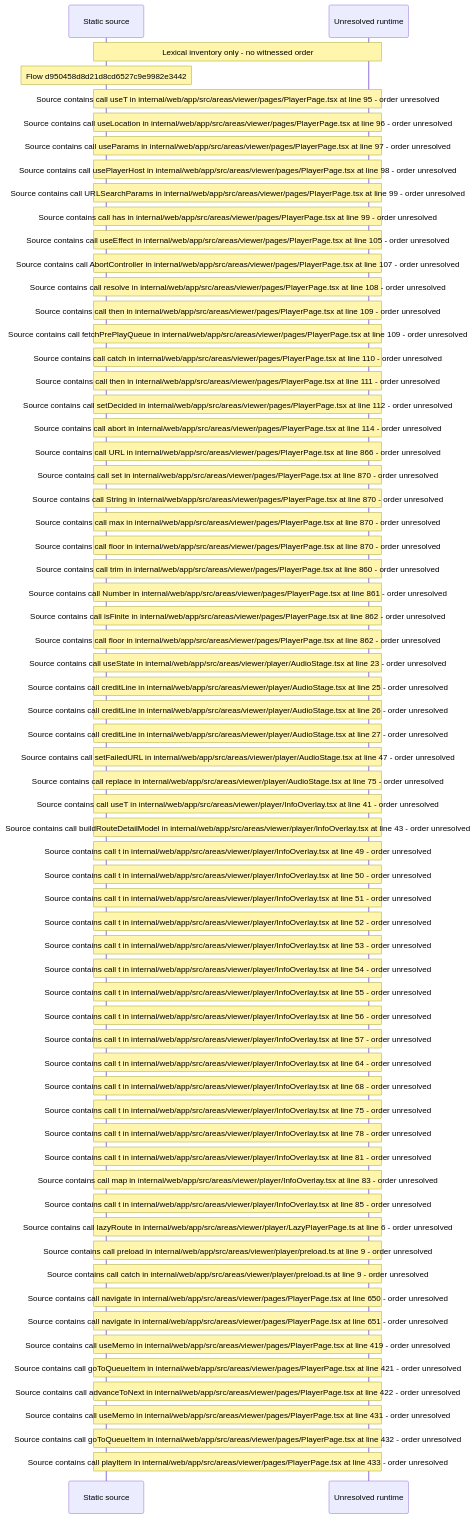
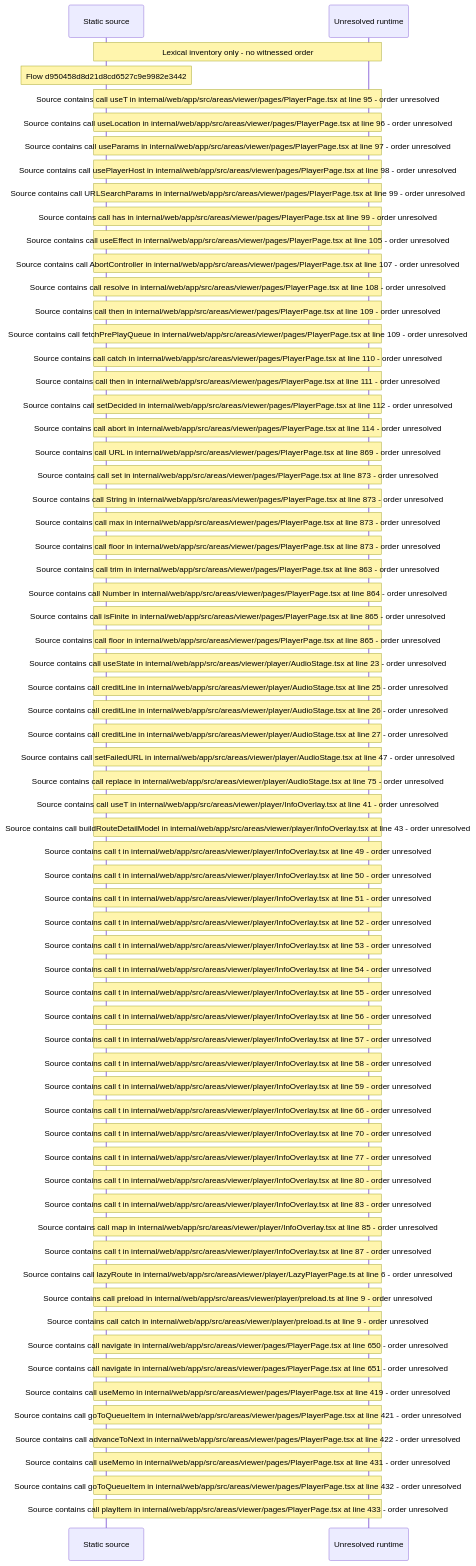
Before and after one commit to beamfall/core: the diagram in docs/web/flows/generated/d950458d8d21d8cd6527c9e9982e3442/flow-diagram.md, drawn with Mermaid. The commit also changed other lines of this file and 714 other files, not shown here.

Commit message:
Regenerate web flow docs for the stack's source changes (CORE-1762)

````diff
--- a/docs/web/flows/generated/d950458d8d21d8cd6527c9e9982e3442/flow-diagram.md
+++ b/docs/web/flows/generated/d950458d8d21d8cd6527c9e9982e3442/flow-diagram.md
@@ -10,66 +10,68 @@
 ```mermaid
 sequenceDiagram
     participant S as Static source
     participant U as Unresolved runtime
     Note over S,U: Lexical inventory only - no witnessed order
     Note over S: Flow d950458d8d21d8cd6527c9e9982e3442
     Note over S,U: Source contains call useT in internal/web/app/src/areas/viewer/pages/PlayerPage.tsx at line 95 - order unresolved
     Note over S,U: Source contains call useLocation in internal/web/app/src/areas/viewer/pages/PlayerPage.tsx at line 96 - order unresolved
     Note over S,U: Source contains call useParams in internal/web/app/src/areas/viewer/pages/PlayerPage.tsx at line 97 - order unresolved
     Note over S,U: Source contains call usePlayerHost in internal/web/app/src/areas/viewer/pages/PlayerPage.tsx at line 98 - order unresolved
     Note over S,U: Source contains call URLSearchParams in internal/web/app/src/areas/viewer/pages/PlayerPage.tsx at line 99 - order unresolved
     Note over S,U: Source contains call has in internal/web/app/src/areas/viewer/pages/PlayerPage.tsx at line 99 - order unresolved
     Note over S,U: Source contains call useEffect in internal/web/app/src/areas/viewer/pages/PlayerPage.tsx at line 105 - order unresolved
     Note over S,U: Source contains call AbortController in internal/web/app/src/areas/viewer/pages/PlayerPage.tsx at line 107 - order unresolved
     Note over S,U: Source contains call resolve in internal/web/app/src/areas/viewer/pages/PlayerPage.tsx at line 108 - order unresolved
     Note over S,U: Source contains call then in internal/web/app/src/areas/viewer/pages/PlayerPage.tsx at line 109 - order unresolved
     Note over S,U: Source contains call fetchPrePlayQueue in internal/web/app/src/areas/viewer/pages/PlayerPage.tsx at line 109 - order unresolved
     Note over S,U: Source contains call catch in internal/web/app/src/areas/viewer/pages/PlayerPage.tsx at line 110 - order unresolved
     Note over S,U: Source contains call then in internal/web/app/src/areas/viewer/pages/PlayerPage.tsx at line 111 - order unresolved
     Note over S,U: Source contains call setDecided in internal/web/app/src/areas/viewer/pages/PlayerPage.tsx at line 112 - order unresolved
     Note over S,U: Source contains call abort in internal/web/app/src/areas/viewer/pages/PlayerPage.tsx at line 114 - order unresolved
-    Note over S,U: Source contains call URL in internal/web/app/src/areas/viewer/pages/PlayerPage.tsx at line 866 - order unresolved
-    Note over S,U: Source contains call set in internal/web/app/src/areas/viewer/pages/PlayerPage.tsx at line 870 - order unresolved
-    Note over S,U: Source contains call String in internal/web/app/src/areas/viewer/pages/PlayerPage.tsx at line 870 - order unresolved
-    Note over S,U: Source contains call max in internal/web/app/src/areas/viewer/pages/PlayerPage.tsx at line 870 - order unresolved
-    Note over S,U: Source contains call floor in internal/web/app/src/areas/viewer/pages/PlayerPage.tsx at line 870 - order unresolved
-    Note over S,U: Source contains call trim in internal/web/app/src/areas/viewer/pages/PlayerPage.tsx at line 860 - order unresolved
-    Note over S,U: Source contains call Number in internal/web/app/src/areas/viewer/pages/PlayerPage.tsx at line 861 - order unresolved
-    Note over S,U: Source contains call isFinite in internal/web/app/src/areas/viewer/pages/PlayerPage.tsx at line 862 - order unresolved
-    Note over S,U: Source contains call floor in internal/web/app/src/areas/viewer/pages/PlayerPage.tsx at line 862 - order unresolved
+    Note over S,U: Source contains call URL in internal/web/app/src/areas/viewer/pages/PlayerPage.tsx at line 869 - order unresolved
+    Note over S,U: Source contains call set in internal/web/app/src/areas/viewer/pages/PlayerPage.tsx at line 873 - order unresolved
+    Note over S,U: Source contains call String in internal/web/app/src/areas/viewer/pages/PlayerPage.tsx at line 873 - order unresolved
+    Note over S,U: Source contains call max in internal/web/app/src/areas/viewer/pages/PlayerPage.tsx at line 873 - order unresolved
+    Note over S,U: Source contains call floor in internal/web/app/src/areas/viewer/pages/PlayerPage.tsx at line 873 - order unresolved
+    Note over S,U: Source contains call trim in internal/web/app/src/areas/viewer/pages/PlayerPage.tsx at line 863 - order unresolved
+    Note over S,U: Source contains call Number in internal/web/app/src/areas/viewer/pages/PlayerPage.tsx at line 864 - order unresolved
+    Note over S,U: Source contains call isFinite in internal/web/app/src/areas/viewer/pages/PlayerPage.tsx at line 865 - order unresolved
+    Note over S,U: Source contains call floor in internal/web/app/src/areas/viewer/pages/PlayerPage.tsx at line 865 - order unresolved
     Note over S,U: Source contains call useState in internal/web/app/src/areas/viewer/player/AudioStage.tsx at line 23 - order unresolved
     Note over S,U: Source contains call creditLine in internal/web/app/src/areas/viewer/player/AudioStage.tsx at line 25 - order unresolved
     Note over S,U: Source contains call creditLine in internal/web/app/src/areas/viewer/player/AudioStage.tsx at line 26 - order unresolved
     Note over S,U: Source contains call creditLine in internal/web/app/src/areas/viewer/player/AudioStage.tsx at line 27 - order unresolved
     Note over S,U: Source contains call setFailedURL in internal/web/app/src/areas/viewer/player/AudioStage.tsx at line 47 - order unresolved
     Note over S,U: Source contains call replace in internal/web/app/src/areas/viewer/player/AudioStage.tsx at line 75 - order unresolved
     Note over S,U: Source contains call useT in internal/web/app/src/areas/viewer/player/InfoOverlay.tsx at line 41 - order unresolved
     Note over S,U: Source contains call buildRouteDetailModel in internal/web/app/src/areas/viewer/player/InfoOverlay.tsx at line 43 - order unresolved
     Note over S,U: Source contains call t in internal/web/app/src/areas/viewer/player/InfoOverlay.tsx at line 49 - order unresolved
     Note over S,U: Source contains call t in internal/web/app/src/areas/viewer/player/InfoOverlay.tsx at line 50 - order unresolved
     Note over S,U: Source contains call t in internal/web/app/src/areas/viewer/player/InfoOverlay.tsx at line 51 - order unresolved
     Note over S,U: Source contains call t in internal/web/app/src/areas/viewer/player/InfoOverlay.tsx at line 52 - order unresolved
     Note over S,U: Source contains call t in internal/web/app/src/areas/viewer/player/InfoOverlay.tsx at line 53 - order unresolved
     Note over S,U: Source contains call t in internal/web/app/src/areas/viewer/player/InfoOverlay.tsx at line 54 - order unresolved
     Note over S,U: Source contains call t in internal/web/app/src/areas/viewer/player/InfoOverlay.tsx at line 55 - order unresolved
     Note over S,U: Source contains call t in internal/web/app/src/areas/viewer/player/InfoOverlay.tsx at line 56 - order unresolved
     Note over S,U: Source contains call t in internal/web/app/src/areas/viewer/player/InfoOverlay.tsx at line 57 - order unresolved
-    Note over S,U: Source contains call t in internal/web/app/src/areas/viewer/player/InfoOverlay.tsx at line 64 - order unresolved
-    Note over S,U: Source contains call t in internal/web/app/src/areas/viewer/player/InfoOverlay.tsx at line 68 - order unresolved
-    Note over S,U: Source contains call t in internal/web/app/src/areas/viewer/player/InfoOverlay.tsx at line 75 - order unresolved
-    Note over S,U: Source contains call t in internal/web/app/src/areas/viewer/player/InfoOverlay.tsx at line 78 - order unresolved
-    Note over S,U: Source contains call t in internal/web/app/src/areas/viewer/player/InfoOverlay.tsx at line 81 - order unresolved
-    Note over S,U: Source contains call map in internal/web/app/src/areas/viewer/player/InfoOverlay.tsx at line 83 - order unresolved
-    Note over S,U: Source contains call t in internal/web/app/src/areas/viewer/player/InfoOverlay.tsx at line 85 - order unresolved
+    Note over S,U: Source contains call t in internal/web/app/src/areas/viewer/player/InfoOverlay.tsx at line 58 - order unresolved
+    Note over S,U: Source contains call t in internal/web/app/src/areas/viewer/player/InfoOverlay.tsx at line 59 - order unresolved
+    Note over S,U: Source contains call t in internal/web/app/src/areas/viewer/player/InfoOverlay.tsx at line 66 - order unresolved
+    Note over S,U: Source contains call t in internal/web/app/src/areas/viewer/player/InfoOverlay.tsx at line 70 - order unresolved
+    Note over S,U: Source contains call t in internal/web/app/src/areas/viewer/player/InfoOverlay.tsx at line 77 - order unresolved
+    Note over S,U: Source contains call t in internal/web/app/src/areas/viewer/player/InfoOverlay.tsx at line 80 - order unresolved
+    Note over S,U: Source contains call t in internal/web/app/src/areas/viewer/player/InfoOverlay.tsx at line 83 - order unresolved
+    Note over S,U: Source contains call map in internal/web/app/src/areas/viewer/player/InfoOverlay.tsx at line 85 - order unresolved
+    Note over S,U: Source contains call t in internal/web/app/src/areas/viewer/player/InfoOverlay.tsx at line 87 - order unresolved
     Note over S,U: Source contains call lazyRoute in internal/web/app/src/areas/viewer/player/LazyPlayerPage.ts at line 6 - order unresolved
     Note over S,U: Source contains call preload in internal/web/app/src/areas/viewer/player/preload.ts at line 9 - order unresolved
     Note over S,U: Source contains call catch in internal/web/app/src/areas/viewer/player/preload.ts at line 9 - order unresolved
     Note over S,U: Source contains call navigate in internal/web/app/src/areas/viewer/pages/PlayerPage.tsx at line 650 - order unresolved
     Note over S,U: Source contains call navigate in internal/web/app/src/areas/viewer/pages/PlayerPage.tsx at line 651 - order unresolved
     Note over S,U: Source contains call useMemo in internal/web/app/src/areas/viewer/pages/PlayerPage.tsx at line 419 - order unresolved
     Note over S,U: Source contains call goToQueueItem in internal/web/app/src/areas/viewer/pages/PlayerPage.tsx at line 421 - order unresolved
     Note over S,U: Source contains call advanceToNext in internal/web/app/src/areas/viewer/pages/PlayerPage.tsx at line 422 - order unresolved
     Note over S,U: Source contains call useMemo in internal/web/app/src/areas/viewer/pages/PlayerPage.tsx at line 431 - order unresolved
     Note over S,U: Source contains call goToQueueItem in internal/web/app/src/areas/viewer/pages/PlayerPage.tsx at line 432 - order unresolved
     Note over S,U: Source contains call playItem in internal/web/app/src/areas/viewer/pages/PlayerPage.tsx at line 433 - order unresolved
 ```
````
